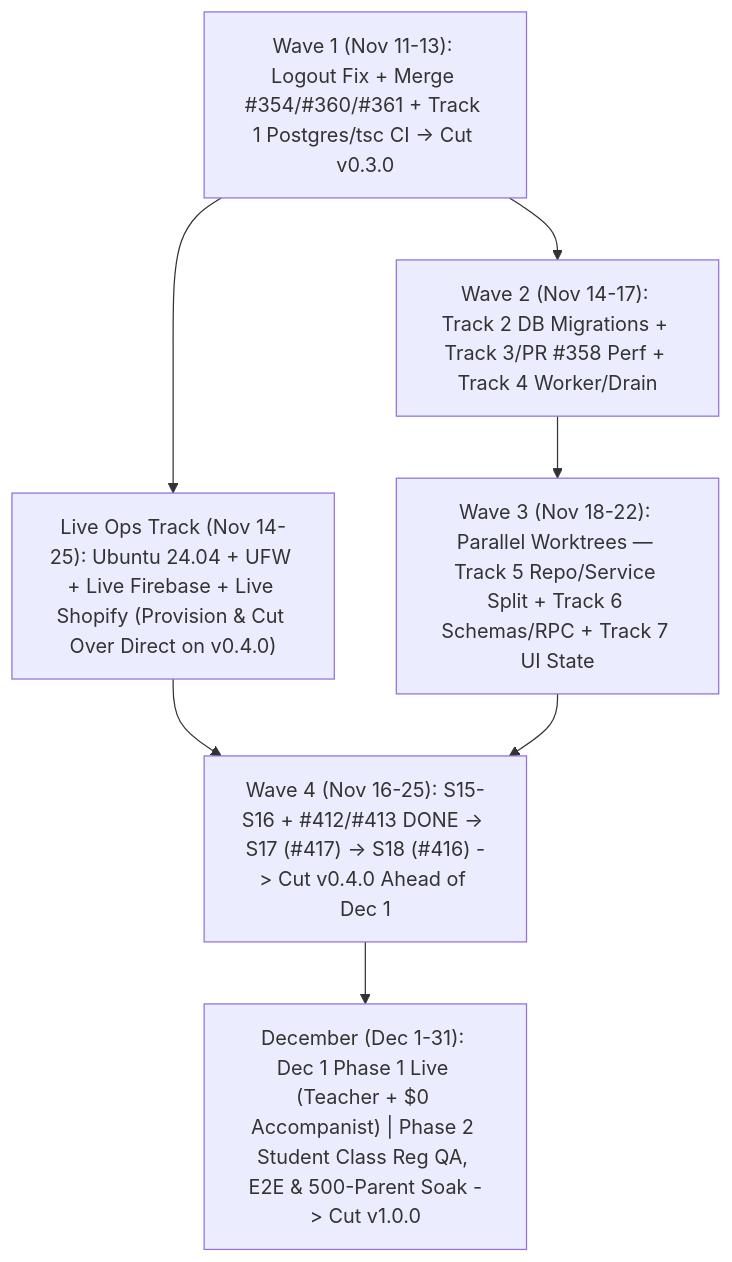
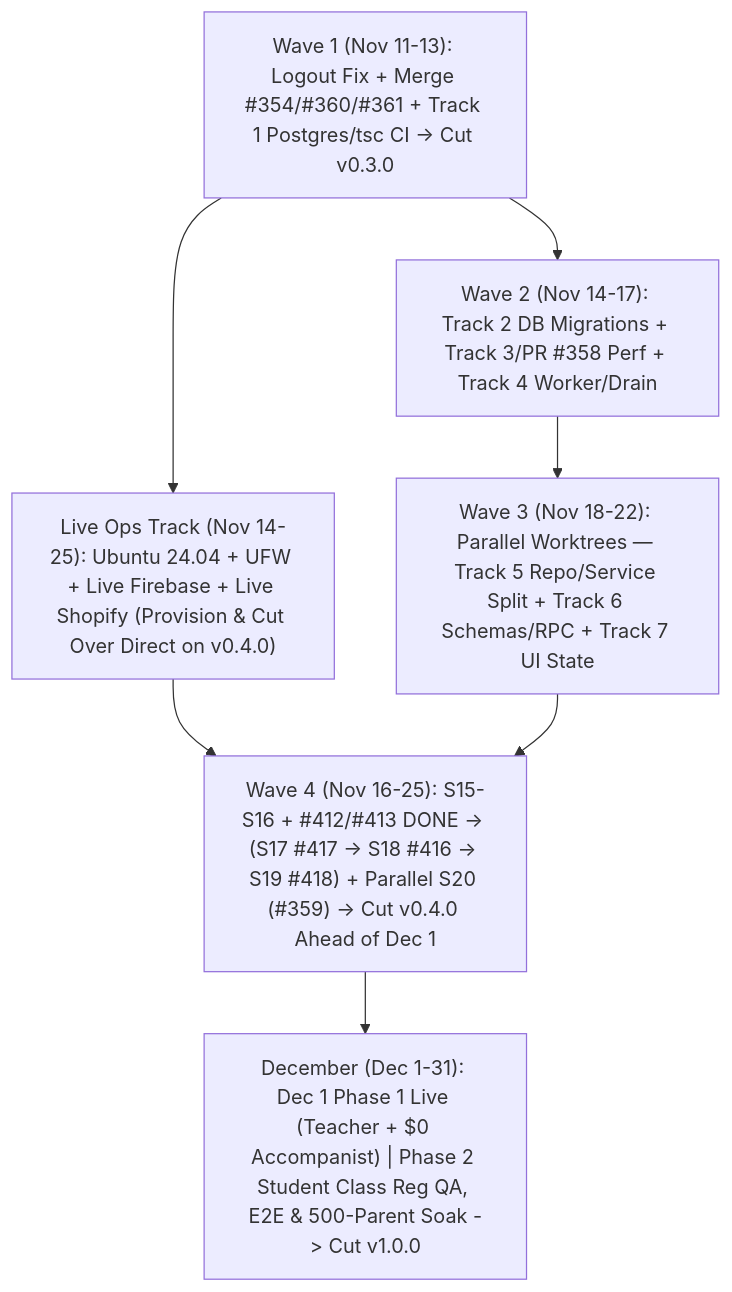
The diagram in specs/pre-thanksgiving-program.md (angelaqingx/Festival), drawn with Mermaid before and after one commit. The commit also changed other lines of this file and 7 other files, not shown here.

````diff
--- a/specs/pre-thanksgiving-program.md
+++ b/specs/pre-thanksgiving-program.md
@@ -12,10 +12,10 @@
 ```mermaid
 flowchart TD
     W1["Wave 1 (Nov 11-13): Logout Fix + Merge #354/#360/#361 + Track 1 Postgres/tsc CI -> Cut v0.3.0"]
     W1 --> OPS["Live Ops Track (Nov 14-25): Ubuntu 24.04 + UFW + Live Firebase + Live Shopify (Provision & Cut Over Direct on v0.4.0)"]
     W1 --> W2["Wave 2 (Nov 14-17): Track 2 DB Migrations + Track 3/PR #358 Perf + Track 4 Worker/Drain"]
     W2 --> W3["Wave 3 (Nov 18-22): Parallel Worktrees — Track 5 Repo/Service Split + Track 6 Schemas/RPC + Track 7 UI State"]
-    OPS --> W4["Wave 4 (Nov 16-25): S15-S16 + #412/#413 DONE -> S17 (#417) -> S18 (#416) -> Cut v0.4.0 Ahead of Dec 1"]
+    OPS --> W4["Wave 4 (Nov 16-25): S15-S16 + #412/#413 DONE -> (S17 #417 -> S18 #416 -> S19 #418) + Parallel S20 (#359) -> Cut v0.4.0 Ahead of Dec 1"]
     W3 --> W4
     W4 --> DEC["December (Dec 1-31): Dec 1 Phase 1 Live (Teacher + $0 Accompanist) | Phase 2 Student Class Reg QA, E2E & 500-Parent Soak -> Cut v1.0.0"]
 ```
````
